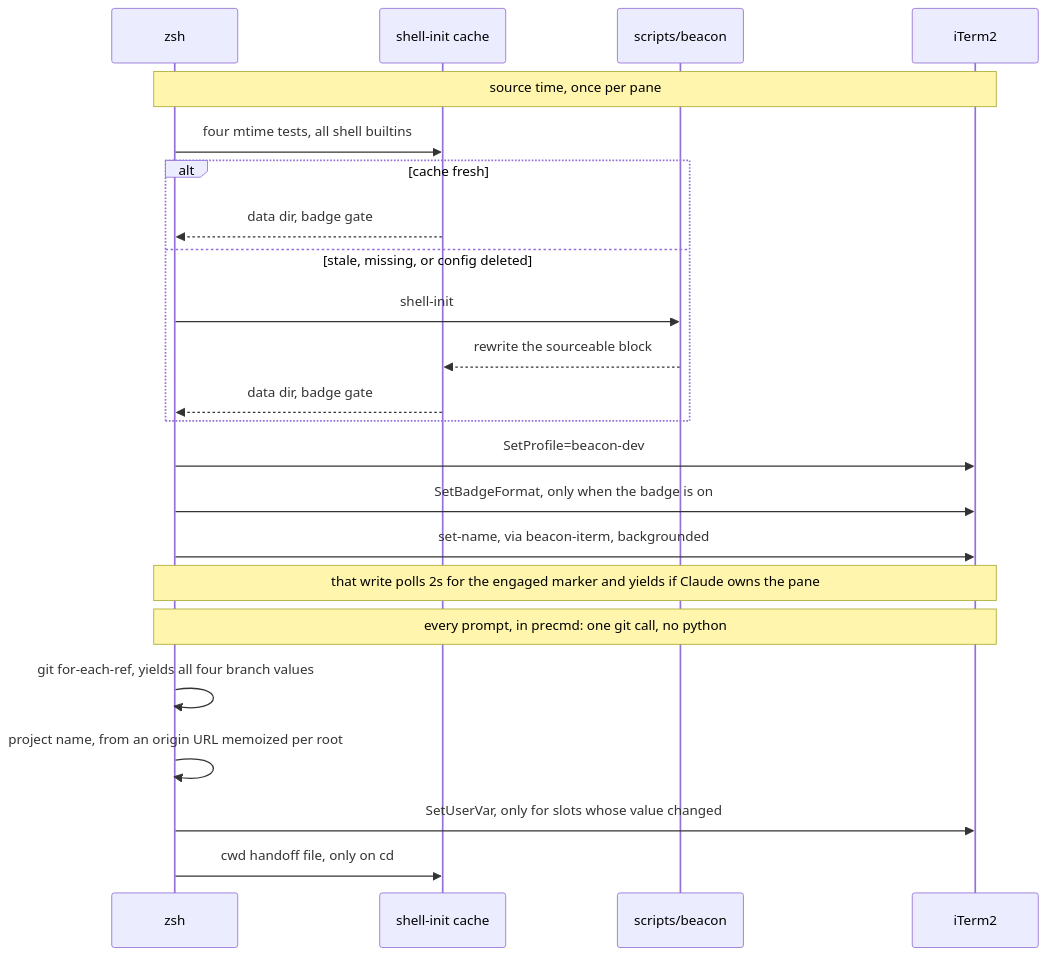
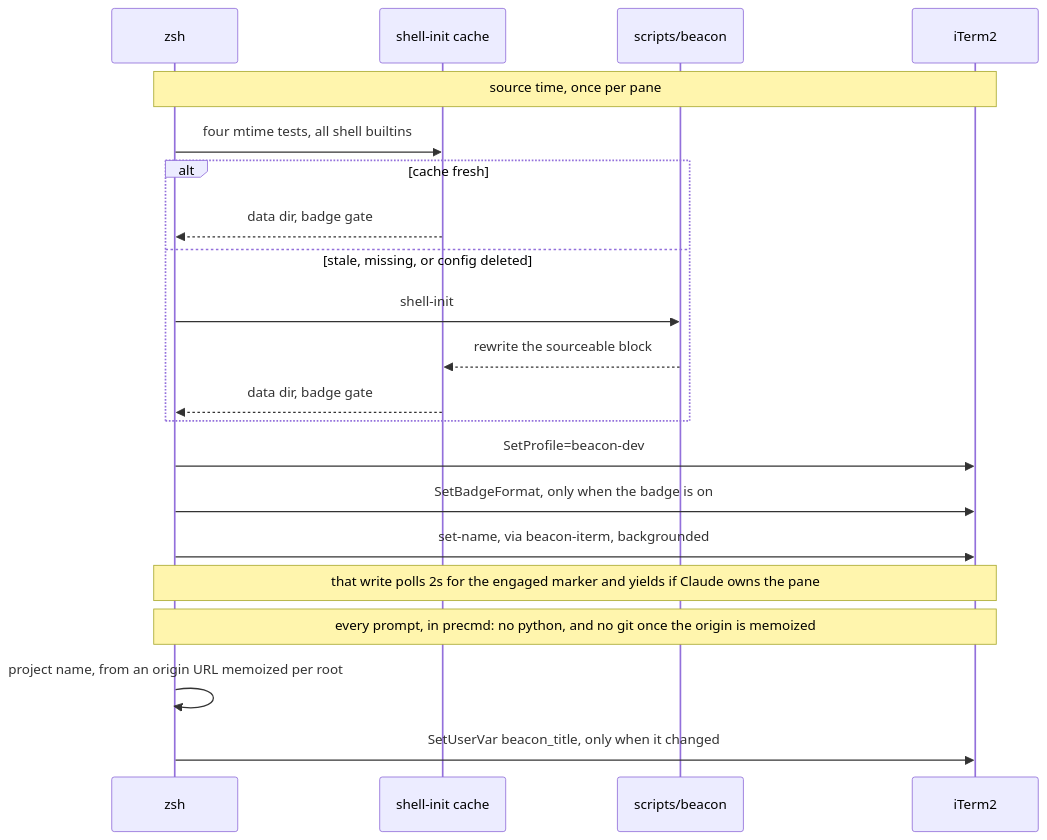
The first of 3 diagrams in README.md (chris-peterson/beacon), drawn with Mermaid before and after one commit. The commit also changed other lines of this file and 39 other files, not shown here.

````diff
--- a/README.md
+++ b/README.md
@@ -152,27 +138,25 @@
 ```mermaid
 sequenceDiagram
     participant Z as zsh
     participant K as shell-init cache
     participant P as scripts/beacon
     participant T as iTerm2
 
     Note over Z,T: source time, once per pane
     Z->>K: four mtime tests, all shell builtins
     alt cache fresh
         K-->>Z: data dir, badge gate
     else stale, missing, or config deleted
         Z->>P: shell-init
         P-->>K: rewrite the sourceable block
         K-->>Z: data dir, badge gate
     end
     Z->>T: SetProfile=beacon-dev
     Z->>T: SetBadgeFormat, only when the badge is on
     Z->>T: set-name, via beacon-iterm, backgrounded
     Note over Z,T: that write polls 2s for the engaged marker and yields if Claude owns the pane
 
-    Note over Z,T: every prompt, in precmd: one git call, no python
-    Z->>Z: git for-each-ref, yields all four branch values
+    Note over Z,T: every prompt, in precmd: no python, and no git once the origin is memoized
     Z->>Z: project name, from an origin URL memoized per root
-    Z->>T: SetUserVar, only for slots whose value changed
-    Z->>K: cwd handoff file, only on cd
+    Z->>T: SetUserVar beacon_title, only when it changed
 ```
````
